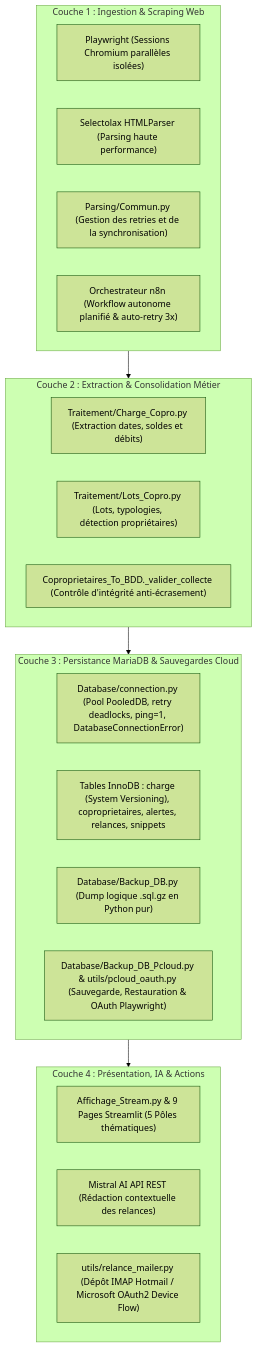
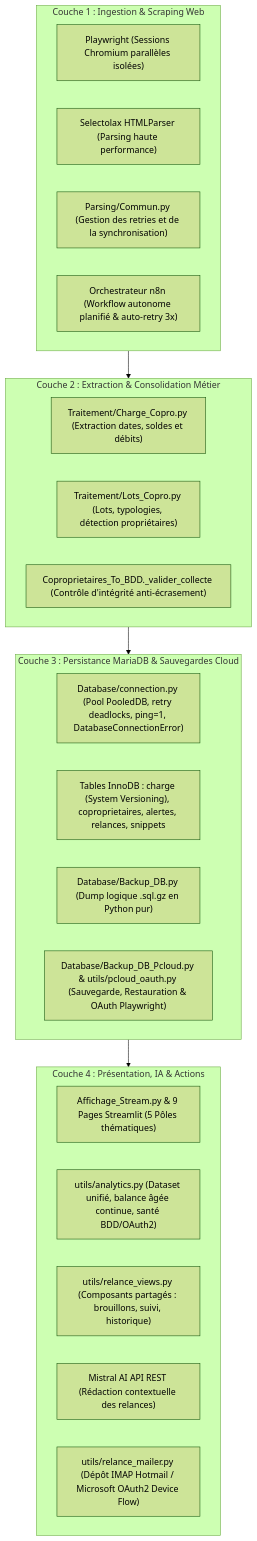
Before and after one commit to therealcorwin/CPTCOPRO: the first of 10 diagrams in reports/call_graph.md, drawn with Mermaid (forest theme). The commit also changed other lines of this file and 1 other file, not shown here.

Commit message:
test: Add validation for new functions in analytics and relance_views modules

````diff
--- a/reports/call_graph.md
+++ b/reports/call_graph.md
@@ -27,32 +27,34 @@
 ```mermaid
 flowchart TB
     subgraph LAYER1["Couche 1 : Ingestion & Scraping Web"]
         L1_playwright["Playwright (Sessions Chromium parallèles isolées)"]
         L1_selectolax["Selectolax HTMLParser (Parsing haute performance)"]
         L1_commun["Parsing/Commun.py (Gestion des retries et de la synchronisation)"]
         L1_n8n["Orchestrateur n8n (Workflow autonome planifié & auto-retry 3x)"]
     end
 
     subgraph LAYER2["Couche 2 : Extraction & Consolidation Métier"]
         L2_charge["Traitement/Charge_Copro.py (Extraction dates, soldes et débits)"]
         L2_lots["Traitement/Lots_Copro.py (Lots, typologies, détection propriétaires)"]
         L2_val["Coproprietaires_To_BDD._valider_collecte (Contrôle d'intégrité anti-écrasement)"]
     end
 
     subgraph LAYER3["Couche 3 : Persistance MariaDB & Sauvegardes Cloud"]
         L3_conn["Database/connection.py (Pool PooledDB, retry deadlocks, ping=1, DatabaseConnectionError)"]
         L3_tables["Tables InnoDB : charge (System Versioning), coproprietaires, alertes, relances, snippets"]
         L3_backup["Database/Backup_DB.py (Dump logique .sql.gz en Python pur)"]
         L3_pcloud["Database/Backup_DB_Pcloud.py & utils/pcloud_oauth.py (Sauvegarde, Restauration & OAuth Playwright)"]
     end
 
     subgraph LAYER4["Couche 4 : Présentation, IA & Actions"]
         L4_st["Affichage_Stream.py & 9 Pages Streamlit (5 Pôles thématiques)"]
+        L4_an["utils/analytics.py (Dataset unifié, balance âgée continue, santé BDD/OAuth2)"]
+        L4_views["utils/relance_views.py (Composants partagés : brouillons, suivi, historique)"]
         L4_ai["Mistral AI API REST (Rédaction contextuelle des relances)"]
         L4_imap["utils/relance_mailer.py (Dépôt IMAP Hotmail / Microsoft OAuth2 Device Flow)"]
     end
 
     LAYER1 --> LAYER2
     LAYER2 --> LAYER3
     LAYER3 --> LAYER4
 ```
````
